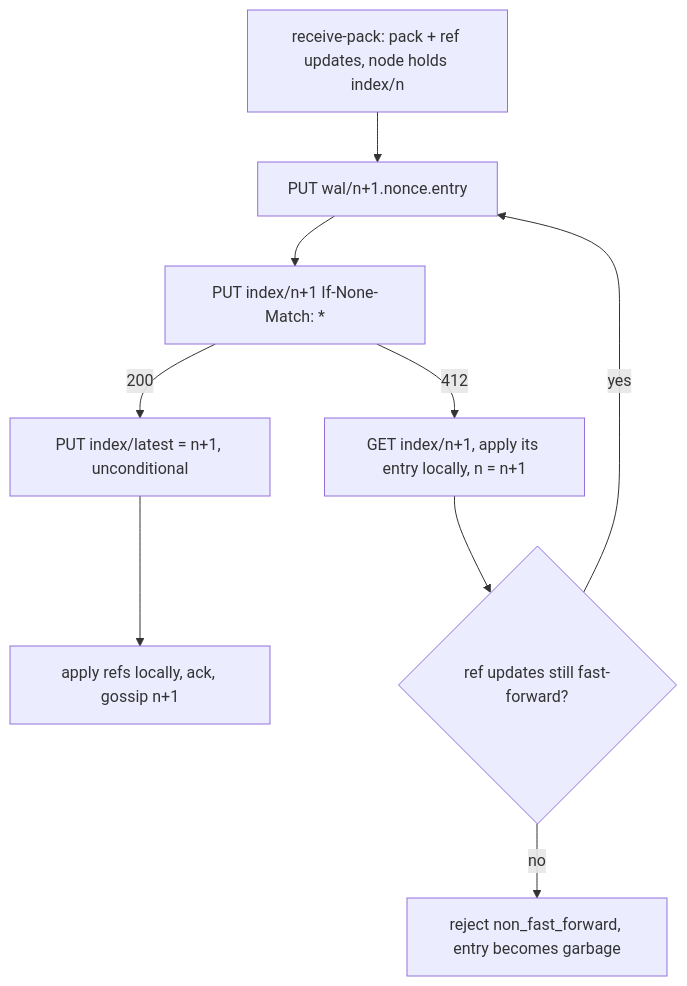
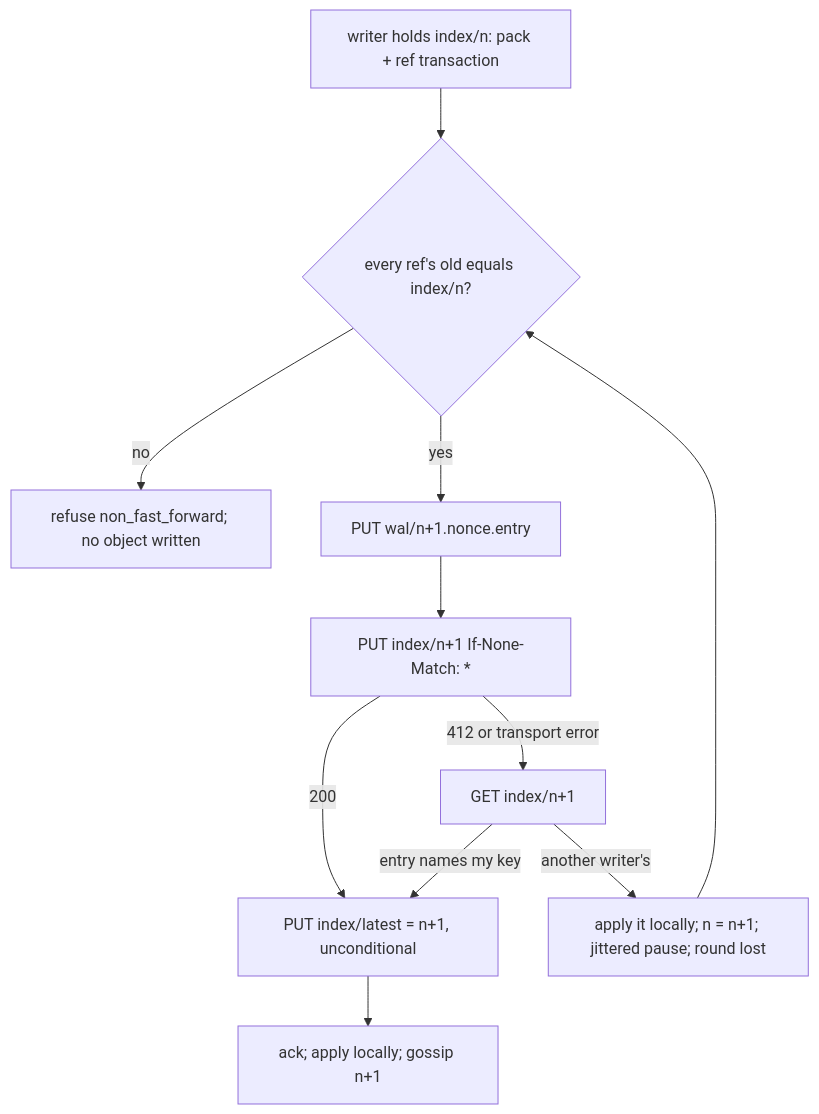
Before and after one commit to latere-ai/origo: the diagram in specs/004-write-ahead-log.md, drawn with Mermaid. The commit also changed other lines of this file, not shown here.

````diff
--- a/specs/004-write-ahead-log.md
+++ b/specs/004-write-ahead-log.md
@@ -110,11 +119,13 @@
 ```mermaid
 flowchart TD
-  A[receive-pack: pack + ref updates, node holds index/n] --> B[PUT wal/n+1.nonce.entry]
+  A[writer holds index/n: pack + ref transaction] --> T{every ref's old equals index/n?}
+  T -->|no| H[refuse non_fast_forward; no object written]
+  T -->|yes| B[PUT wal/n+1.nonce.entry]
   B --> C[PUT index/n+1 If-None-Match: *]
   C -->|200| D[PUT index/latest = n+1, unconditional]
-  D --> E[apply refs locally, ack, gossip n+1]
-  C -->|412| F[GET index/n+1, apply its entry locally, n = n+1]
-  F --> G{ref updates still fast-forward?}
-  G -->|yes| B
-  G -->|no| H[reject non_fast_forward, entry becomes garbage]
+  D --> E[ack; apply locally; gossip n+1]
+  C -->|412 or transport error| R[GET index/n+1]
+  R -->|entry names my key| D
+  R -->|another writer's| F[apply it locally; n = n+1; jittered pause; round lost]
+  F --> T
 ```
````
